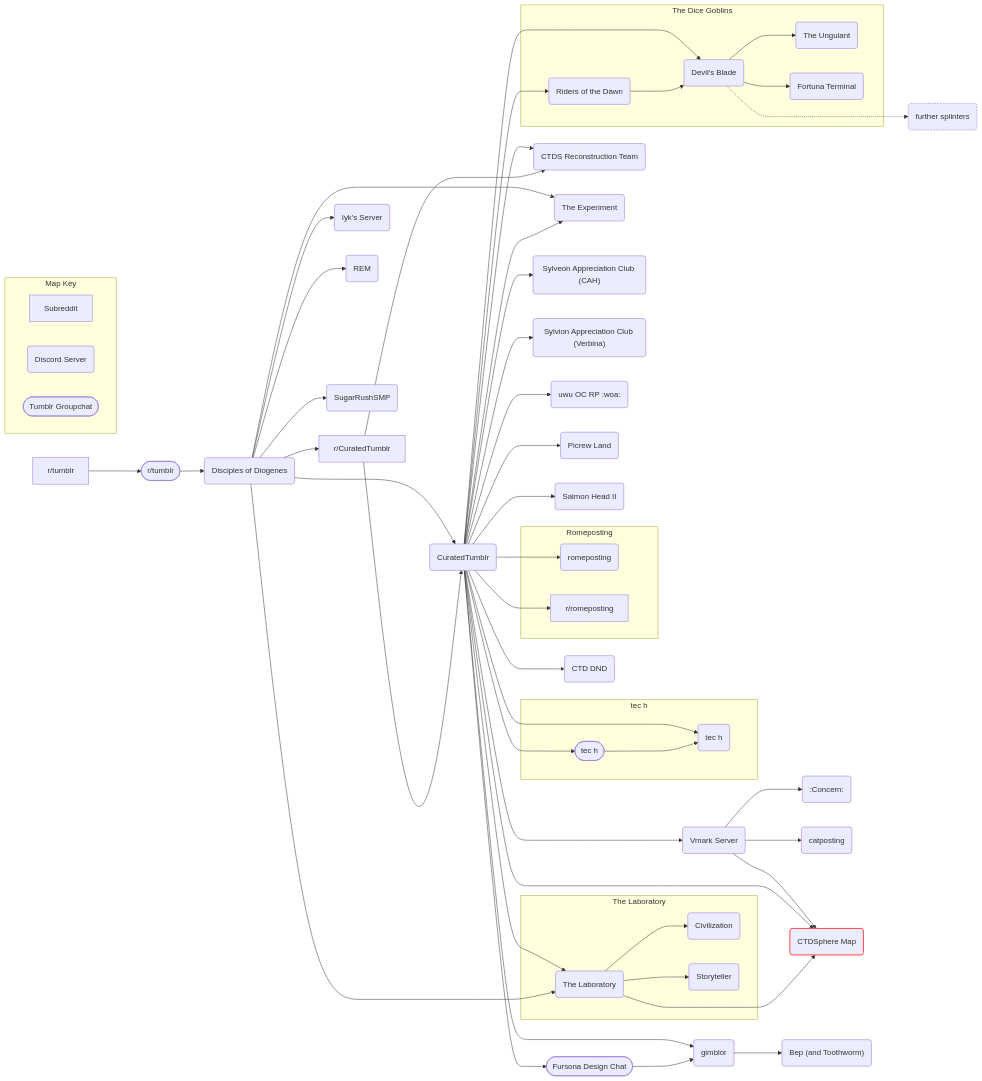
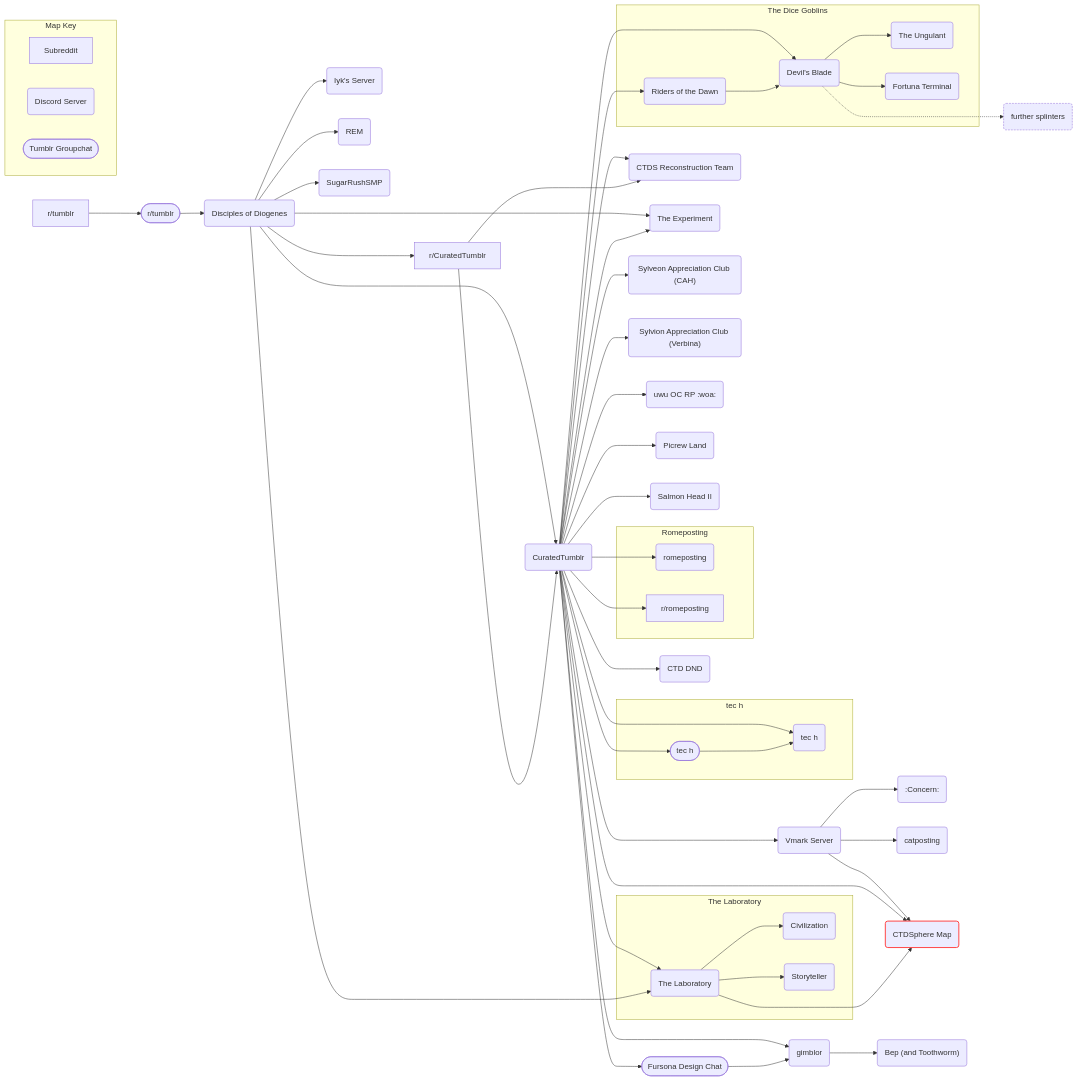
The diagram in Map.md (AnGenericAccount/CTDSphere-Map), drawn with Mermaid before and after one commit.

````diff
--- a/Map.md
+++ b/Map.md
@@ -1,64 +1,64 @@
 ```mermaid
 flowchart LR
     tumblr[r/tumblr]-->groupchat([r/tumblr])
     groupchat-->DoD(Disciples of Diogenes)
-    DoD-->subreddit[r/CuratedTumblr]
+    DoD--->subreddit[r/CuratedTumblr]
     DoD-->CTDS(CuratedTumblr)
     subreddit-->CTDS
     DoD-->Iyk(Iyk's Server)
     DoD-->REM(REM)
     DoD-->Sugar(SugarRushSMP)
     CTDS-->reconstruction(CTDS Reconstruction Team)
     subreddit-->reconstruction
     CTDS-->lab(The Laboratory)
     DoD-->lab
     subgraph Laboratory [The Laboratory]
         lab-->Civilization(Civilization)
         lab-->Storyteller(Storyteller)
     end
     DoD-->Experiment(The Experiment)
     CTDS-->Experiment
     CTDS-->CAH("Sylveon Appreciation Club (CAH)")
     CTDS-->Verbina("Sylvion Appreciation Club (Verbina)")
     CTDS-->tech(tec h)
     CTDS-->techchat([tec h])
     subgraph tec[tec h]
         techchat-->tech
     end
     CTDS-->RP(uwu OC RP :woa:)
     CTDS-->picrew(Picrew Land)
     CTDS-->salmon(Salmon Head II)
     CTDS-->Vmark(Vmark Server)
     Vmark-->concern(:Concern:)
     Vmark-->catposting(catposting)
     Vmark-->sphere("CTDSphere Map")
     style sphere stroke:#f44,stroke-width:2px
     CTDS-->sphere
     lab--->sphere
     CTDS-->gimblor(gimblor)
     CTDS-->fursona([Fursona Design Chat])
     fursona-->gimblor
     gimblor-->bep("Bep (and Toothworm)")
     subgraph Romeposting
         rome(romeposting)
         romesub[r/romeposting]
     end
     CTDS-->rome
     CTDS-->romesub
     CTDS-->DND(CTD DND)
     CTDS-->dawn(Riders of the Dawn)
     CTDS-->blade(Devil's Blade)
     subgraph riders[The Dice Goblins]
         dawn-->blade
         blade-->ungulant(The Ungulant)
         blade-->terminal(Fortuna Terminal)   
     end
     blade-..->further(further splinters)
     style further stroke-dasharray:4 2
     subgraph Key [Map Key]
         direction LR
         sub[Subreddit]
         discord(Discord Server)
         chat([Tumblr Groupchat])
     end
 ```
````
